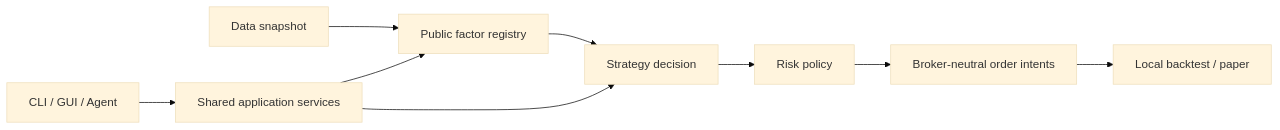
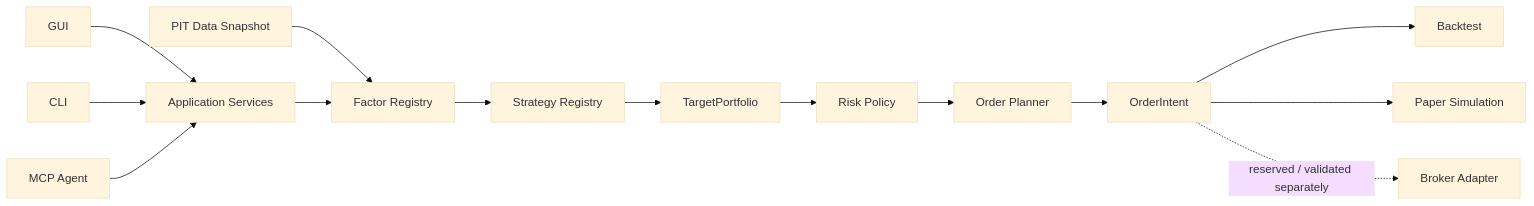
One commit to Siyuan-chat/KabuForge changed the diagram in README.md. Above: the diagram before and after it, drawn with Mermaid (base theme). The commit also changed other lines of this file, not shown here.

````diff
--- a/README.md
+++ b/README.md
@@ -15,11 +42,18 @@
 ```mermaid
 flowchart LR
-  Data[Data snapshot] --> Factors[Public factor registry]
-  Factors --> Strategy[Strategy decision]
-  Strategy --> Risk[Risk policy]
-  Risk --> Plan[Broker-neutral order intents]
-  Plan --> Simulation[Local backtest / paper]
-  CLI[CLI / GUI / Agent] --> Services[Shared application services]
-  Services --> Factors
-  Services --> Strategy
+  GUI[GUI] --> App[Application Services]
+  CLI[CLI] --> App
+  MCP[MCP Agent] --> App
+
+  Data[PIT Data Snapshot] --> Factor[Factor Registry]
+  App --> Factor
+  Factor --> Strategy[Strategy Registry]
+  Strategy --> Target[TargetPortfolio]
+  Target --> Risk[Risk Policy]
+  Risk --> Planner[Order Planner]
+  Planner --> Intent[OrderIntent]
+
+  Intent --> Backtest[Backtest]
+  Intent --> Paper[Paper Simulation]
+  Intent -. reserved / validated separately .-> Broker[Broker Adapter]
 ```
````
